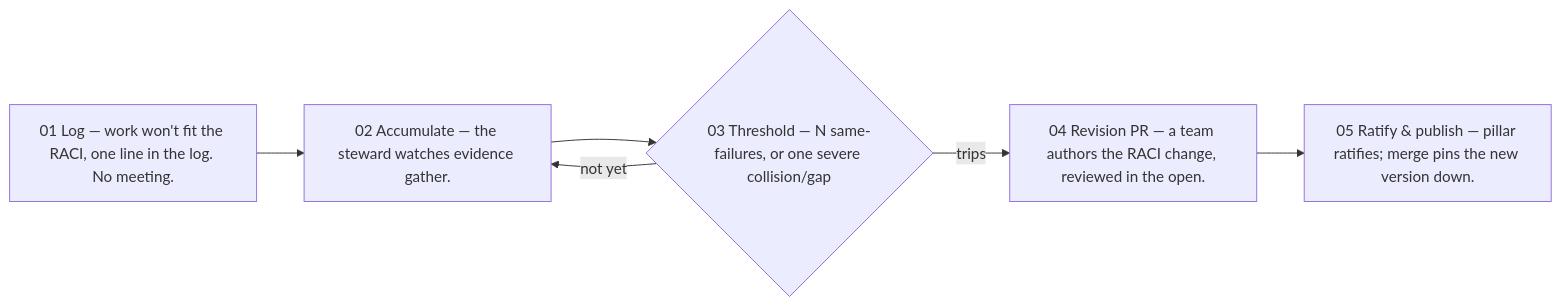
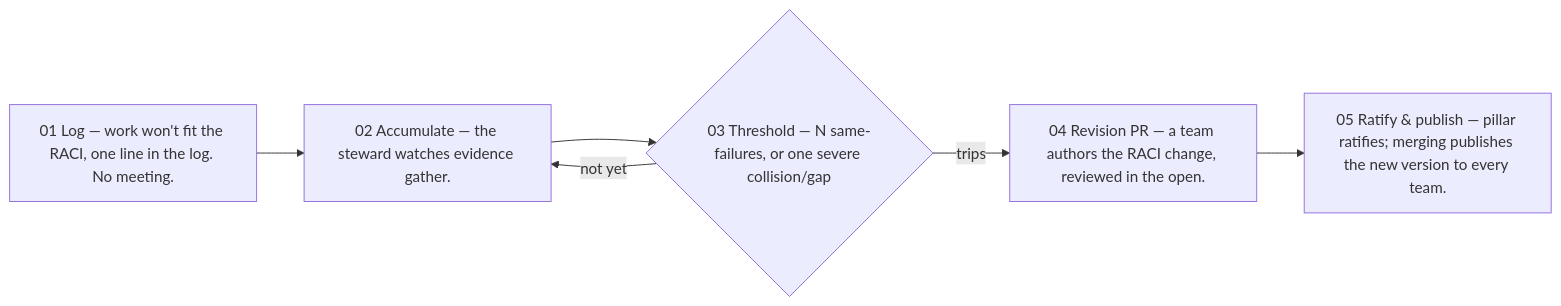
One commit to CauchyIO/awow changed the second of 2 diagrams in guides/guide-cross-team-and-pillar.md. Above: the diagram before and after it, drawn with Mermaid. The commit also changed other lines of this file and 87 other files, not shown here.

````diff
--- a/guides/guide-cross-team-and-pillar.md
+++ b/guides/guide-cross-team-and-pillar.md
@@ -100,13 +101,13 @@
 ```mermaid
 flowchart LR
   log["01 Log — work won't fit the RACI, one line in the log. No meeting."]
   acc["02 Accumulate — the steward watches evidence gather."]
   thr{"03 Threshold — N same-failures, or one severe collision/gap"}
   pr["04 Revision PR — a team authors the RACI change, reviewed in the open."]
-  pub["05 Ratify & publish — pillar ratifies; merge pins the new version down."]
+  pub["05 Ratify & publish — pillar ratifies; merging publishes the new version to every team."]
   log --> acc
   acc --> thr
   thr -->|trips| pr
   thr -->|not yet| acc
   pr --> pub
 ```
````
